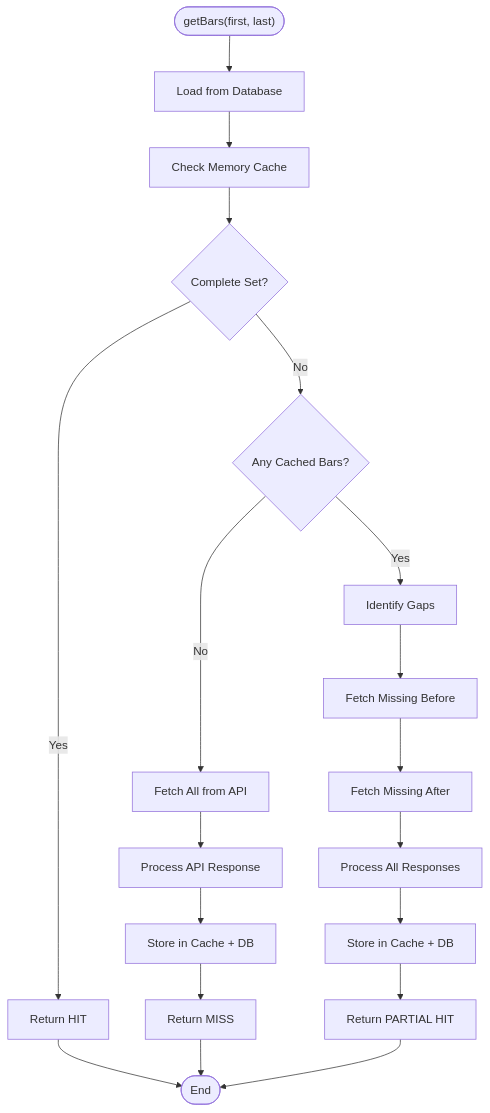
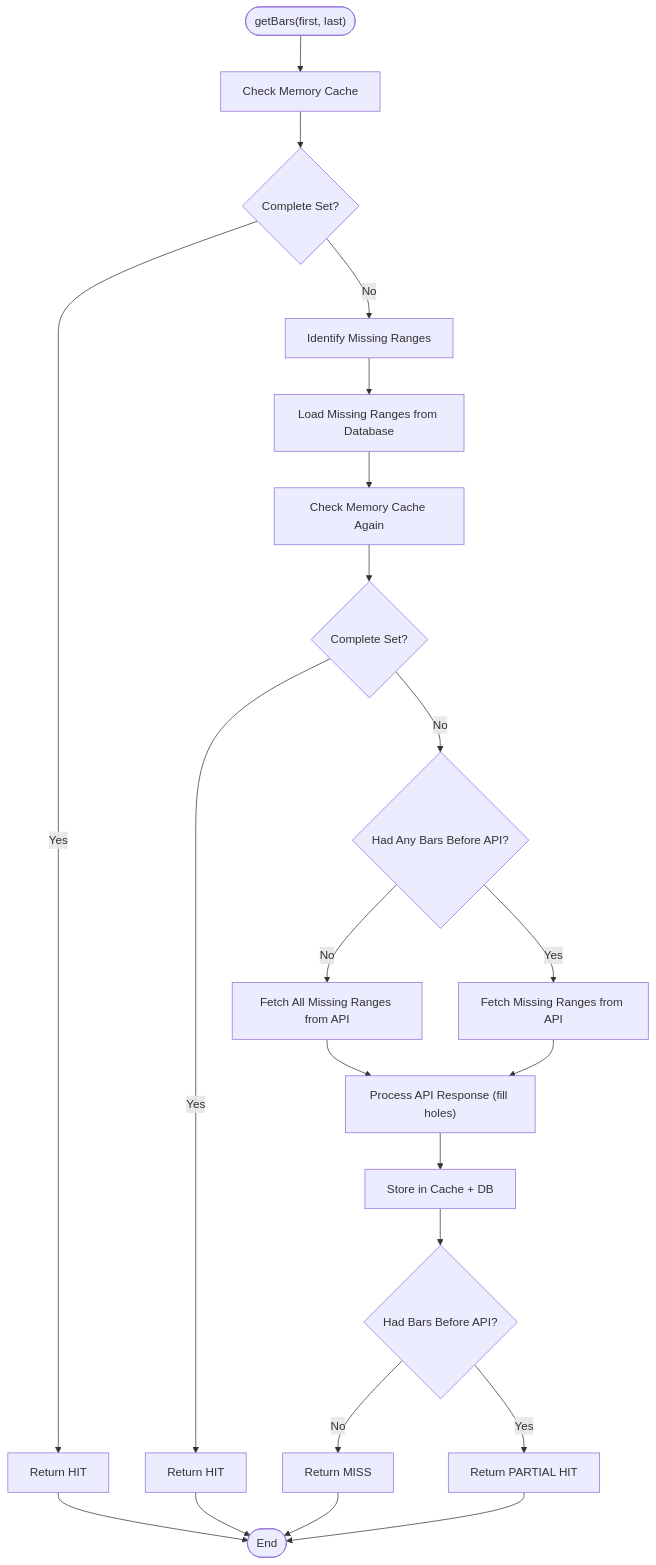
One commit to simonbeaudoin0935/OpenTraderPlatform changed the fourth of 6 diagrams in src/Core/Cache/BarCache/BarCache.md. Above: the diagram before and after it, drawn with Mermaid. The commit also changed other lines of this file and 1 other file, not shown here.

First line of the commit message:
Optimize BarCache hierarchy and fix null bar detection

````diff
--- a/src/Core/Cache/BarCache/BarCache.md
+++ b/src/Core/Cache/BarCache/BarCache.md
@@ -150,26 +149,30 @@
 ```mermaid
 flowchart TD
-    START(["getBars(first, last)"]) --> LOAD_DB["Load from Database"]
-    LOAD_DB --> CHECK_CACHE["Check Memory Cache"]
-    CHECK_CACHE --> COMPLETE{"Complete Set?"}
+    START(["getBars(first, last)"]) --> CHECK_MEMORY["Check Memory Cache"]
+    CHECK_MEMORY --> COMPLETE_MEMORY{"Complete Set?"}
 
-    COMPLETE -->|"Yes"| HIT["Return HIT"]
-    COMPLETE -->|"No"| ANY_CACHED{"Any Cached Bars?"}
+    COMPLETE_MEMORY -->|"Yes"| HIT["Return HIT"]
+    COMPLETE_MEMORY -->|"No"| IDENTIFY_GAPS["Identify Missing Ranges"]
+    IDENTIFY_GAPS --> LOAD_DB["Load Missing Ranges from Database"]
+    LOAD_DB --> CHECK_MEMORY_AGAIN["Check Memory Cache Again"]
+    CHECK_MEMORY_AGAIN --> COMPLETE_AFTER_DB{"Complete Set?"}
 
-    ANY_CACHED -->|"No"| FETCH_ALL["Fetch All from API"]
-    ANY_CACHED -->|"Yes"| IDENTIFY_GAPS["Identify Gaps"]
+    COMPLETE_AFTER_DB -->|"Yes"| HIT_DB["Return HIT"]
+    COMPLETE_AFTER_DB -->|"No"| HAD_BARS_BEFORE_API{"Had Any Bars Before API?"}
 
-    FETCH_ALL --> PROCESS_API["Process API Response"]
+    HAD_BARS_BEFORE_API -->|"No"| FETCH_ALL["Fetch All Missing Ranges from API"]
+    HAD_BARS_BEFORE_API -->|"Yes"| FETCH_GAPS["Fetch Missing Ranges from API"]
+
+    FETCH_ALL --> PROCESS_API["Process API Response (fill holes)"]
+    FETCH_GAPS --> PROCESS_API
+
     PROCESS_API --> STORE_CACHE["Store in Cache + DB"]
-    STORE_CACHE --> MISS["Return MISS"]
-
-    IDENTIFY_GAPS --> FETCH_BEFORE["Fetch Missing Before"]
-    FETCH_BEFORE --> FETCH_AFTER["Fetch Missing After"]
-    FETCH_AFTER --> PROCESS_RESPONSES["Process All Responses"]
-    PROCESS_RESPONSES --> STORE_ALL["Store in Cache + DB"]
-    STORE_ALL --> PARTIAL["Return PARTIAL HIT"]
+    STORE_CACHE --> RESULT_TYPE{"Had Bars Before API?"}
+    RESULT_TYPE -->|"No"| MISS["Return MISS"]
+    RESULT_TYPE -->|"Yes"| PARTIAL["Return PARTIAL HIT"]
 
     HIT --> END(["End"])
+    HIT_DB --> END
     MISS --> END
     PARTIAL --> END
 ```
````
